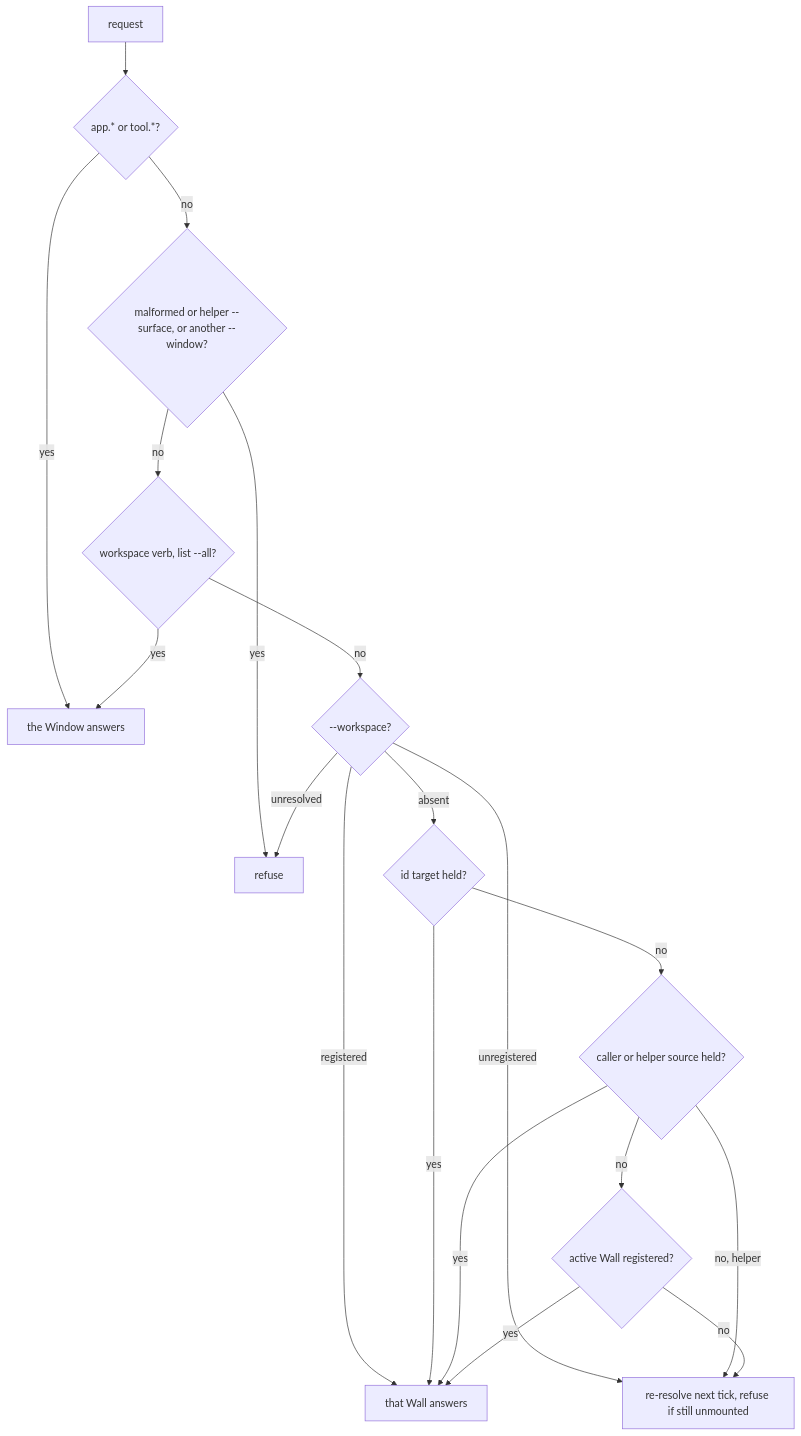
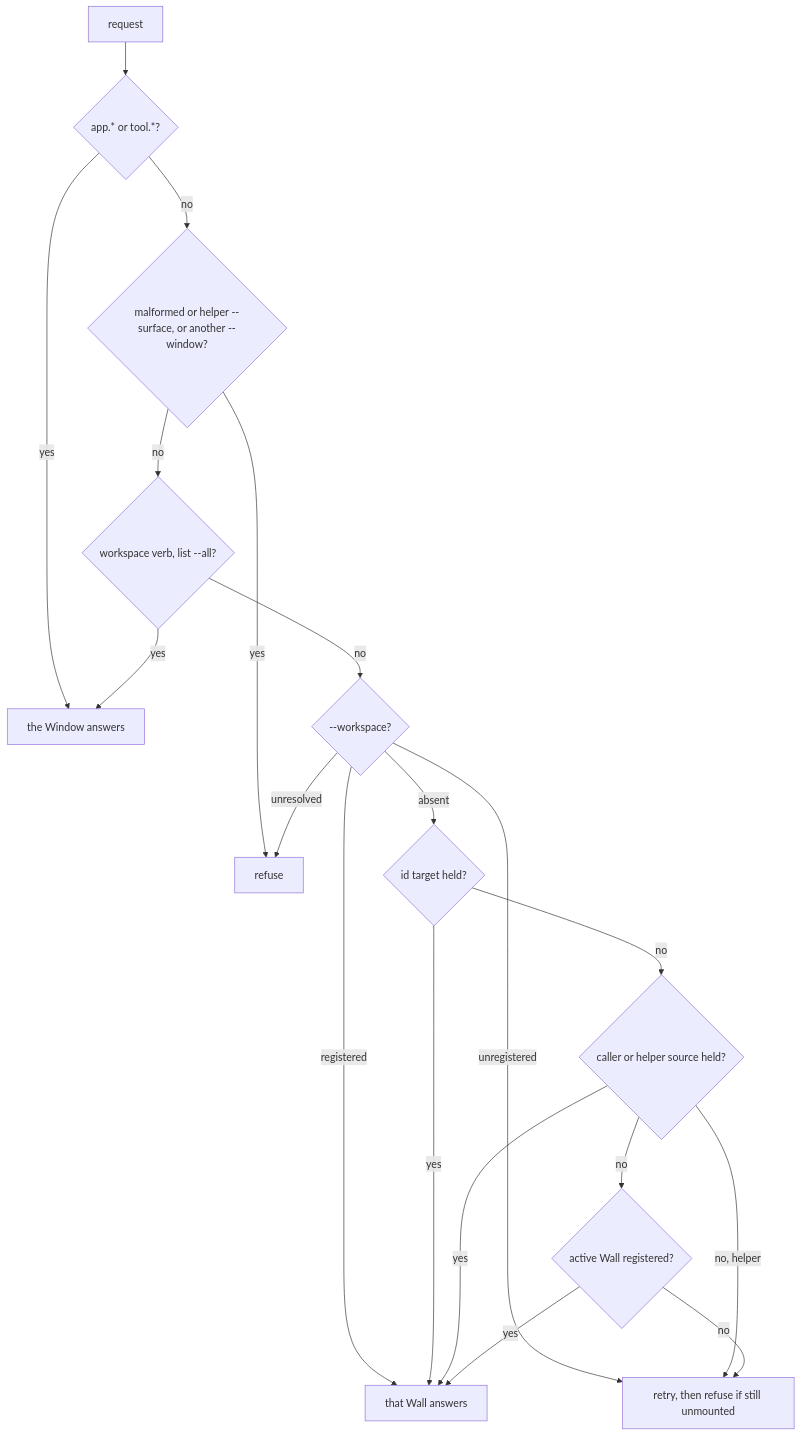
The second of 2 diagrams in docs/specs/dor-cli.md (diffplug/dormouse), drawn with Mermaid before and after one commit. The commit also changed other lines of this file and 8 other files, not shown here.

````diff
--- a/docs/specs/dor-cli.md
+++ b/docs/specs/dor-cli.md
@@ -134,21 +134,21 @@
 ```mermaid
 flowchart TD
   R[request] --> AT{app.* or tool.*?}
   AT -- yes --> WIN[the Window answers]
   AT -- no --> BAD{malformed or helper --surface, or another --window?}
   BAD -- yes --> REF[refuse]
   BAD -- no --> C{workspace verb, list --all?}
   C -- yes --> WIN
   C -- no --> WS{--workspace?}
   WS -- unresolved --> REF
   WS -- registered --> H[that Wall answers]
-  WS -- unregistered --> P["re-resolve next tick, refuse if still unmounted"]
+  WS -- unregistered --> P["retry, then refuse if still unmounted"]
   WS -- absent --> ST{id target held?}
   ST -- yes --> H
   ST -- no --> CA{caller or helper source held?}
   CA -- yes --> H
   CA -- no, helper --> P
   CA -- no --> AC{active Wall registered?}
   AC -- yes --> H
   AC -- no --> P
 ```
````
